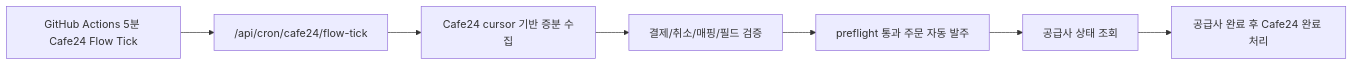
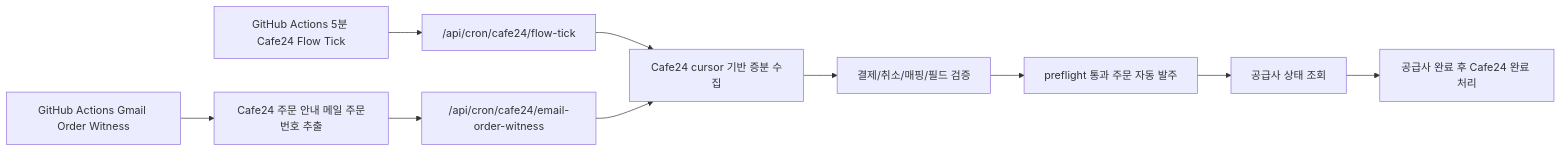
The diagram in docs/order-automation-stability-plan.md (jeongwonho/smmproject), drawn with Mermaid before and after one commit. The commit also changed other lines of this file and 6 other files, not shown here.

Commit message:
Add Cafe24 Gmail order witness automation

````diff
--- a/docs/order-automation-stability-plan.md
+++ b/docs/order-automation-stability-plan.md
@@ -7,9 +7,12 @@
 ```mermaid
 flowchart LR
     A["GitHub Actions 5분 Cafe24 Flow Tick"] --> B["/api/cron/cafe24/flow-tick"]
     B --> C["Cafe24 cursor 기반 증분 수집"]
     C --> D["결제/취소/매핑/필드 검증"]
     D --> E["preflight 통과 주문 자동 발주"]
     E --> F["공급사 상태 조회"]
     F --> G["공급사 완료 후 Cafe24 완료 처리"]
+    H["GitHub Actions Gmail Order Witness"] --> I["Cafe24 주문 안내 메일 주문번호 추출"]
+    I --> J["/api/cron/cafe24/email-order-witness"]
+    J --> C
 ```
````
